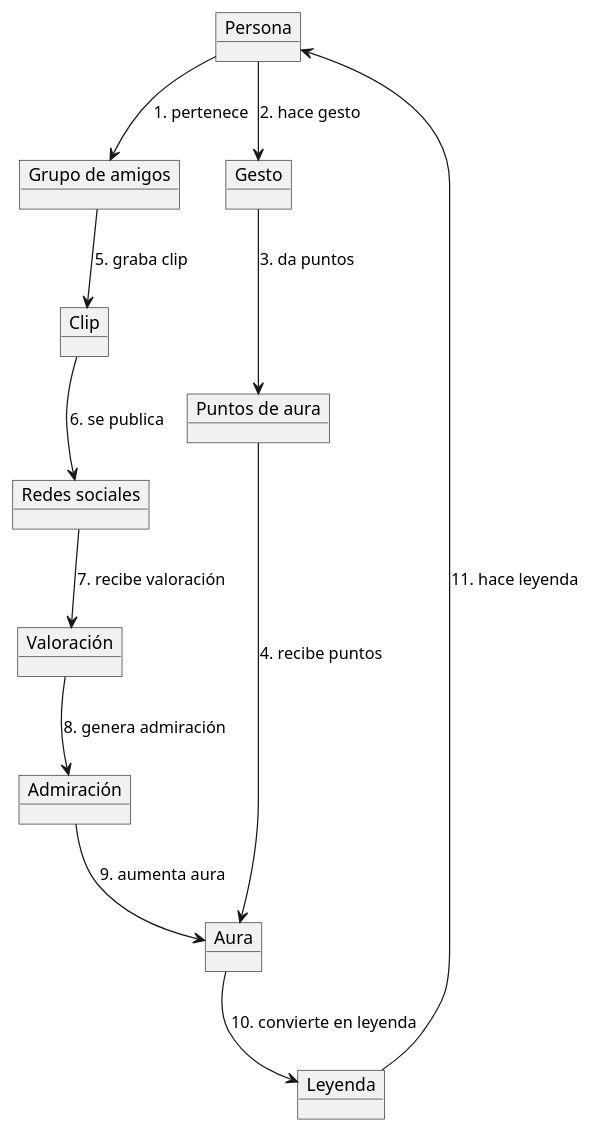
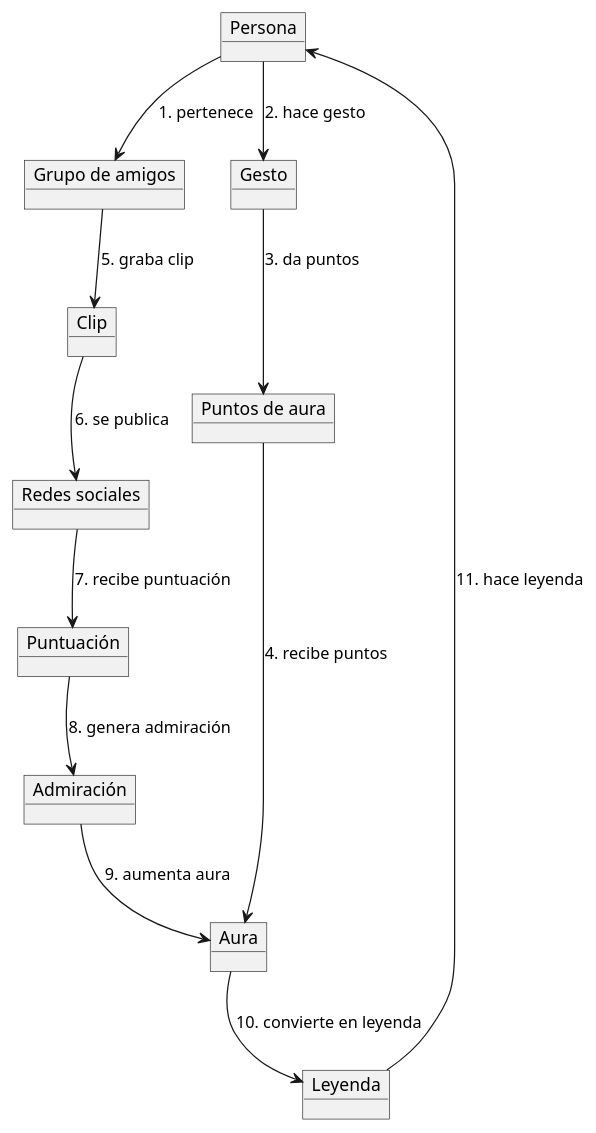
Before and after one commit to Alejandracuesta/26-27-idsw1-AC: the diagram in entregas/cuestaAlejandra/modelosUML/version3/diagramacolaboracion.puml, drawn with PlantUML. The commit also changed 18 other files, not shown here.

Commit message:
Correccion de Vocabulario de los diagramas y enlaces

```diff
--- a/entregas/cuestaAlejandra/modelosUML/version3/diagramacolaboracion.puml
+++ b/entregas/cuestaAlejandra/modelosUML/version3/diagramacolaboracion.puml
@@ -1,26 +1,26 @@
 @startuml
 
 object "Persona" as p
 object "Grupo de amigos" as g
 object "Gesto" as ge
 object "Puntos de aura" as pa
 object "Aura" as a
 object "Clip" as cl
 object "Redes sociales" as r
-object "Valoración" as v
+object "Puntuación" as v
 object "Admiración" as ad
 object "Leyenda" as l
 
 p --> g : 1. pertenece
 p --> ge : 2. hace gesto
 ge --> pa : 3. da puntos
 pa --> a : 4. recibe puntos
 g --> cl : 5. graba clip
 cl --> r : 6. se publica
-r --> v : 7. recibe valoración
+r --> v : 7. recibe puntuación
 v --> ad : 8. genera admiración
 ad --> a : 9. aumenta aura
 a --> l : 10. convierte en leyenda
 l --> p : 11. hace leyenda
 
 @enduml
```
